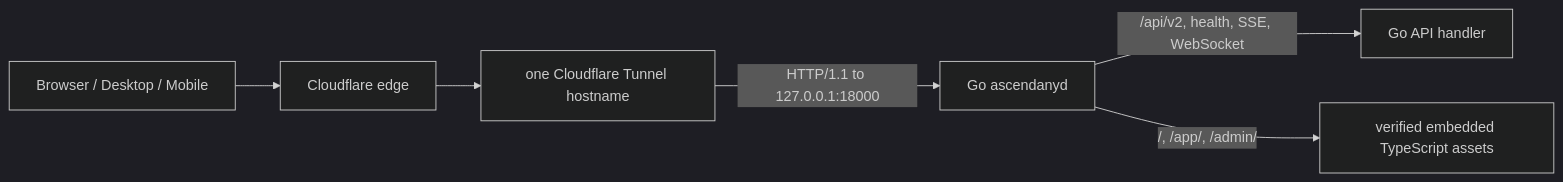
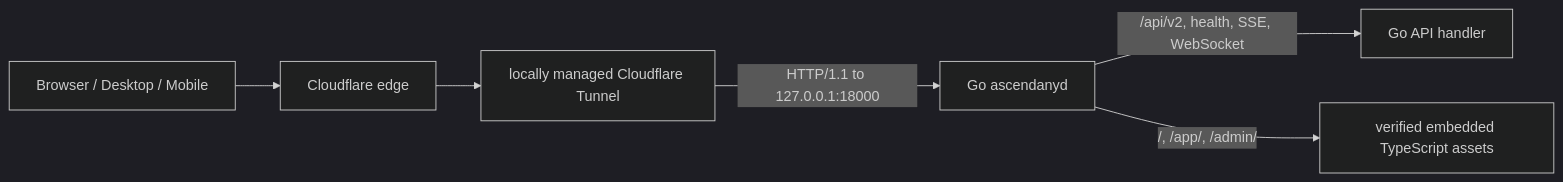
Before and after one commit to kkkzbh/AscendAny: the diagram in doc/v2-public-delivery.md, drawn with Mermaid (dark theme). The commit also changed other lines of this file and 286 other files, not shown here.

````diff
--- a/doc/v2-public-delivery.md
+++ b/doc/v2-public-delivery.md
@@ -7,8 +7,8 @@
 ```mermaid
 flowchart LR
   B["Browser / Desktop / Mobile"] --> C["Cloudflare edge"]
-  C --> T["one Cloudflare Tunnel hostname"]
+  C --> T["locally managed Cloudflare Tunnel"]
   T -->|"HTTP/1.1 to 127.0.0.1:18000"| G["Go ascendanyd"]
   G -->|"/api/v2, health, SSE, WebSocket"| A["Go API handler"]
   G -->|"/, /app/, /admin/"| S["verified embedded TypeScript assets"]
 ```
````
